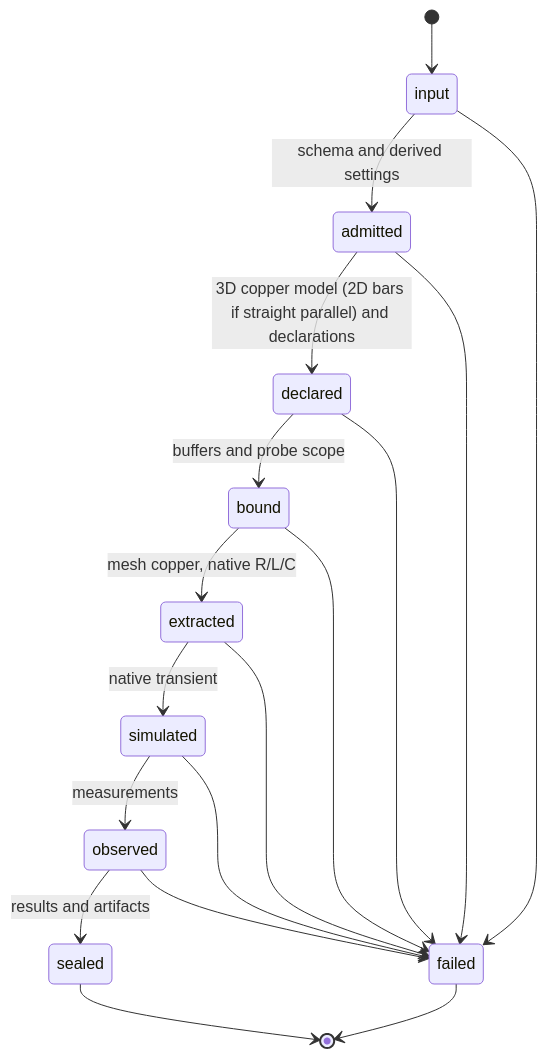
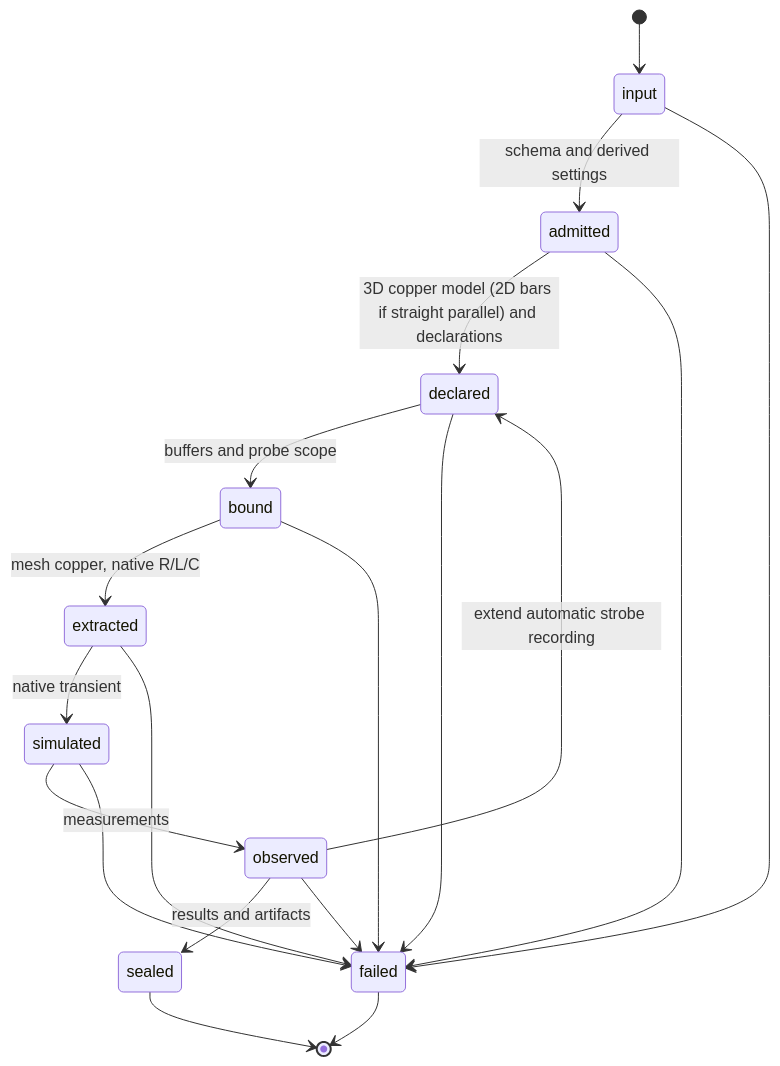
The second of 2 diagrams in docs/ARCHITECTURE.md (tscircuit/pcb-spice-pipeline), drawn with Mermaid before and after one commit. The commit also changed other lines of this file and 126 other files, not shown here.

````diff
--- a/docs/ARCHITECTURE.md
+++ b/docs/ARCHITECTURE.md
@@ -24,20 +24,21 @@
 ```mermaid
 stateDiagram-v2
   [*] --> input
   input --> admitted: schema and derived settings
   admitted --> declared: 3D copper model (2D bars if straight parallel) and declarations
   declared --> bound: buffers and probe scope
   bound --> extracted: mesh copper, native R/L/C
   extracted --> simulated: native transient
   simulated --> observed: measurements
+  observed --> declared: extend automatic strobe recording
   observed --> sealed: results and artifacts
   input --> failed
   admitted --> failed
   declared --> failed
   bound --> failed
   extracted --> failed
   simulated --> failed
   observed --> failed
   sealed --> [*]
   failed --> [*]
 ```
````
